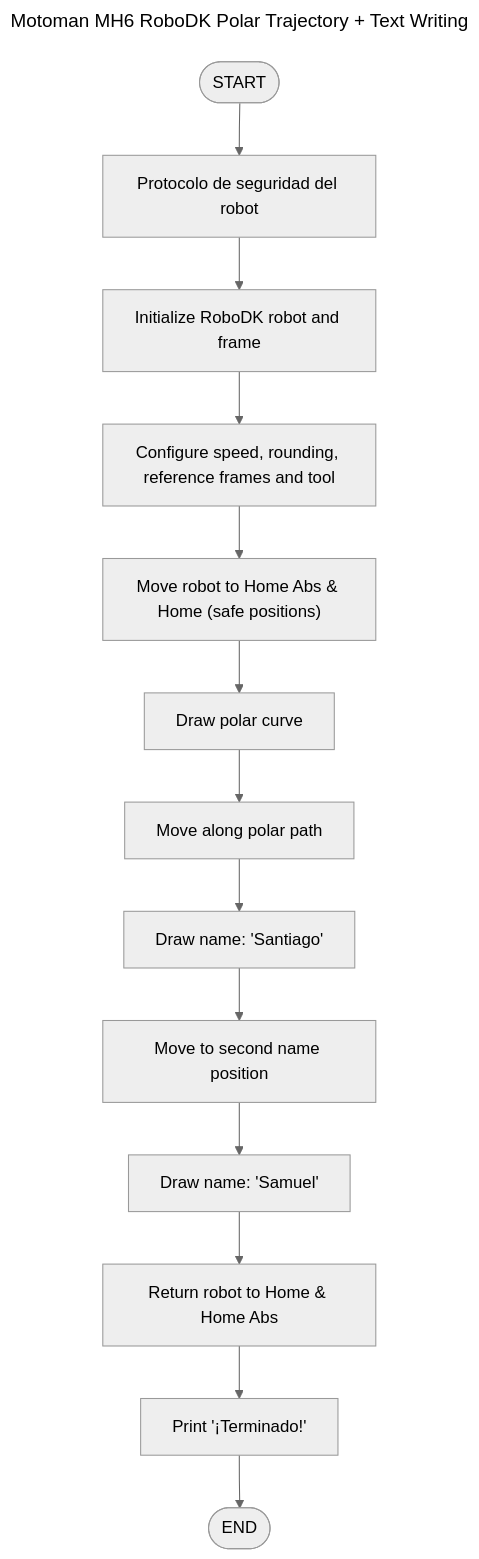
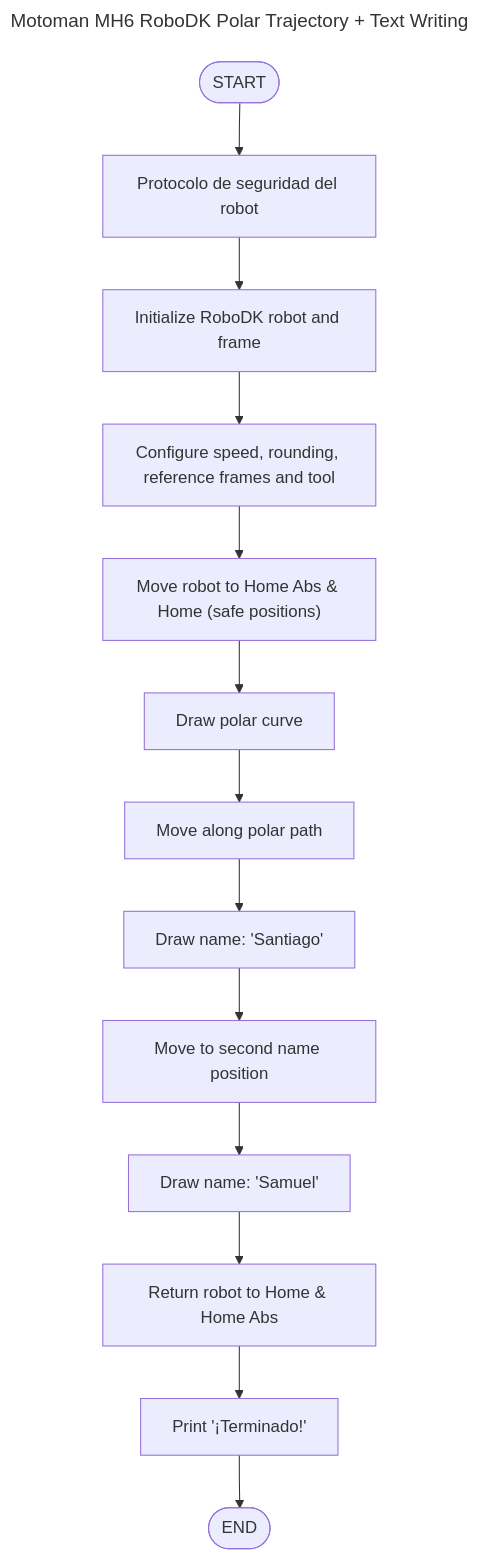
One commit to samsanchezcar/robotic-MOTOMAN changed the diagram in README.md. Above: the diagram before and after it, drawn with Mermaid.

Commit message:
Update README to simplify mermaid diagram config
Removed configuration settings for the mermaid diagram.

````diff
--- a/README.md
+++ b/README.md
@@ -311,33 +311,31 @@
 ```mermaid
 ---
-config:
-  theme: neutral
 title: Motoman MH6 RoboDK Polar Trajectory + Text Writing
 ---
 flowchart TD
     START(["START"])
     PROT["Protocolo de seguridad del robot"]
     INIT["Initialize RoboDK robot and frame"]
     CONFIG["Configure speed, rounding, reference frames and tool"]
     SAFEMOVE["Move robot to Home Abs & Home (safe positions)"]
     POLAR["Draw polar curve"]
     MOVE1["Move along polar path"]
     SANTIAGO["Draw name: 'Santiago'"]
     MOVE2["Move to second name position"]
     SAMUEL["Draw name: 'Samuel'"]
     RETURN["Return robot to Home & Home Abs"]
     END["Print '¡Terminado!'"]
     FINISH(["END"])
     START --> PROT
     PROT --> INIT
     INIT --> CONFIG
     CONFIG -->SAFEMOVE
     SAFEMOVE --> POLAR
     POLAR --> MOVE1
     MOVE1 --> SANTIAGO
     SANTIAGO --> MOVE2
     MOVE2 --> SAMUEL
     SAMUEL --> RETURN
     RETURN --> END
     END -->FINISH
 ```
````
